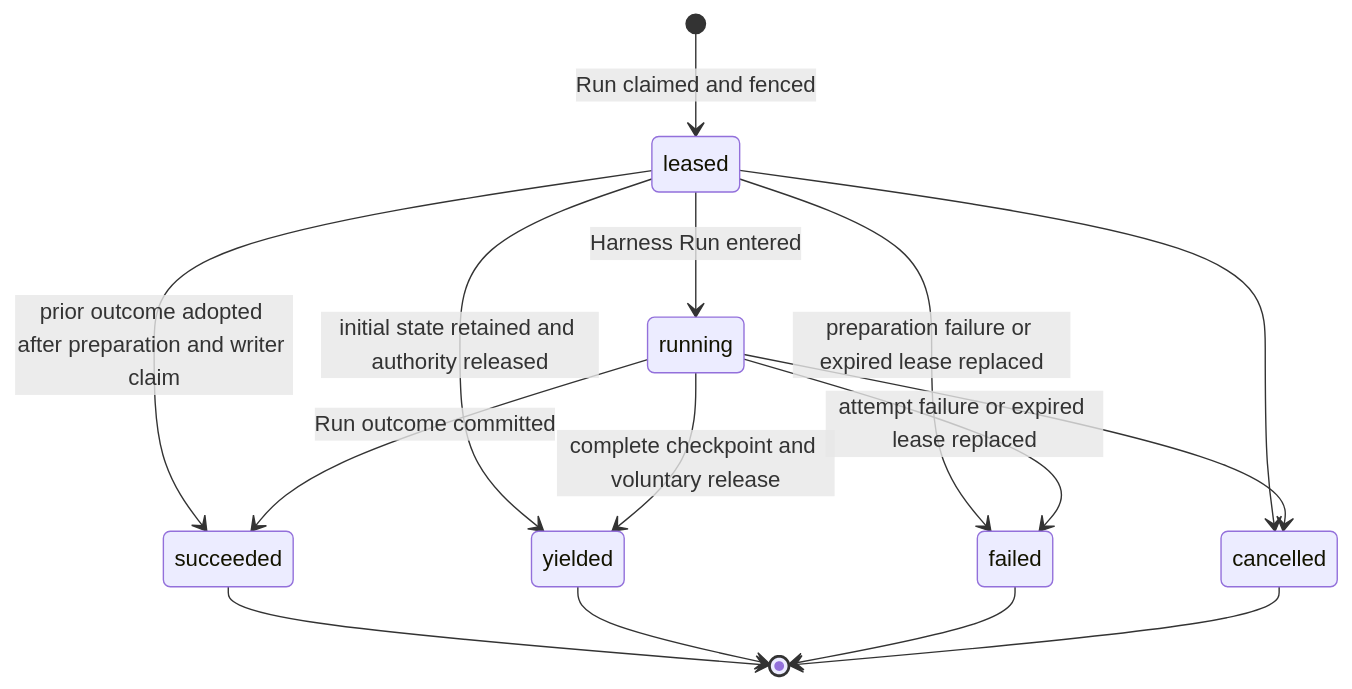
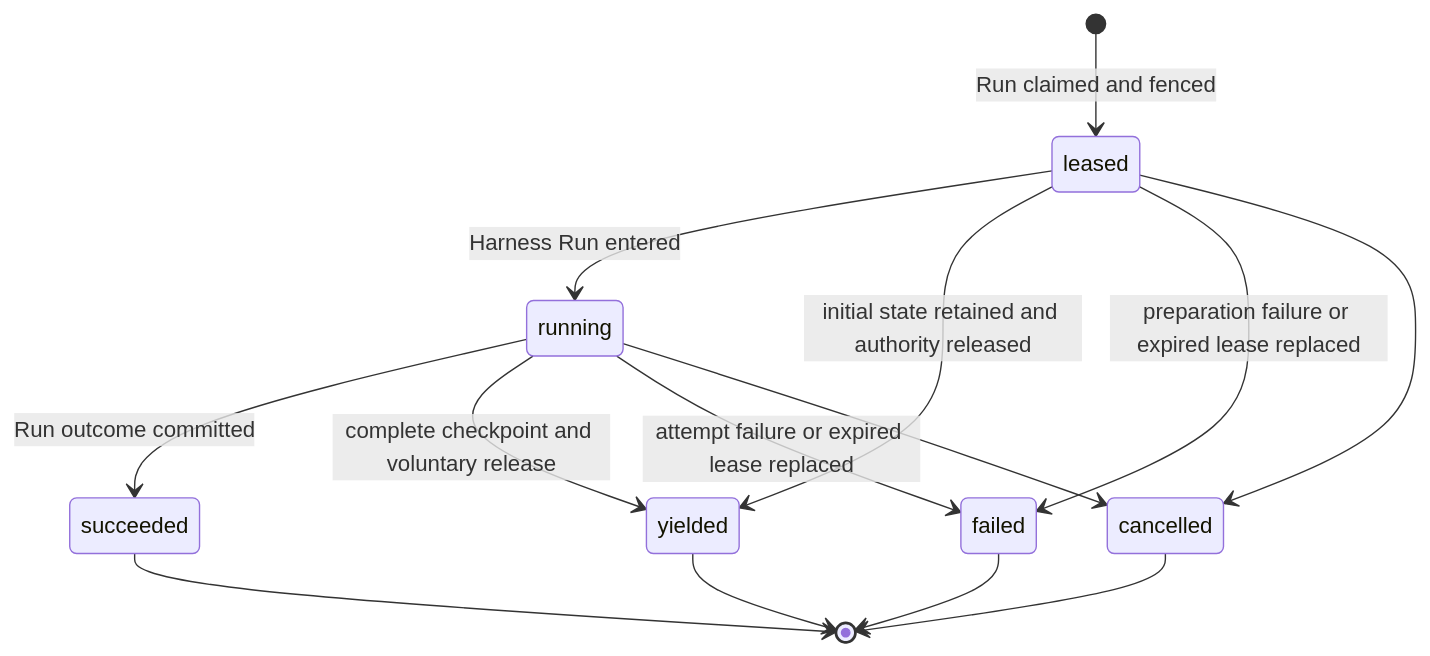
The first of 3 diagrams in spec/foundation-service/13-run-attempt-scheduling-and-recovery.md (converge-ai-labs/agent-foundation), drawn with Mermaid before and after one commit. The commit also changed other lines of this file and 82 other files, not shown here.

````diff
--- a/spec/foundation-service/13-run-attempt-scheduling-and-recovery.md
+++ b/spec/foundation-service/13-run-attempt-scheduling-and-recovery.md
@@ -115,17 +115,16 @@
 ```mermaid
 stateDiagram-v2
     [*] --> leased: Run claimed and fenced
     leased --> running: Harness Run entered
-    leased --> succeeded: prior outcome adopted after preparation and writer claim
     leased --> yielded: initial state retained and authority released
     leased --> failed: preparation failure or expired lease replaced
     leased --> cancelled
     running --> succeeded: Run outcome committed
     running --> yielded: complete checkpoint and voluntary release
     running --> failed: attempt failure or expired lease replaced
     running --> cancelled
     succeeded --> [*]
     yielded --> [*]
     failed --> [*]
     cancelled --> [*]
 ```
````
